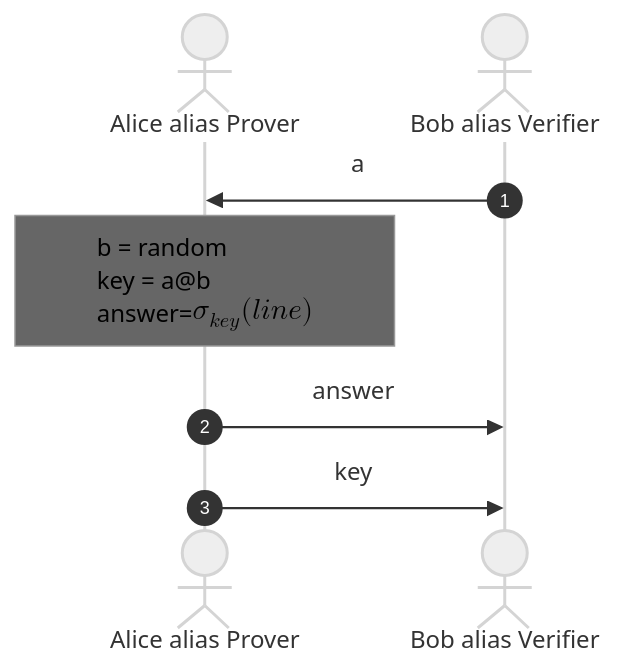
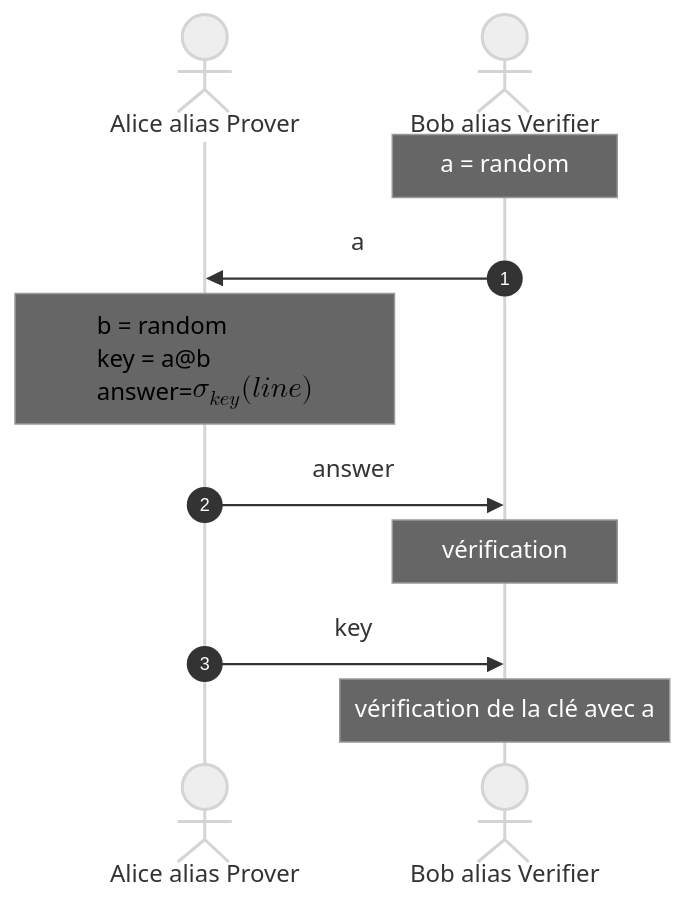
One commit to benoitlx/forma-zkp changed the diagram in zkp.md. Above: the diagram before and after it, drawn with Mermaid (neutral theme). The commit also changed other lines of this file, not shown here.

````diff
--- a/zkp.md
+++ b/zkp.md
@@ -118,10 +118,13 @@
 ```mermaid +render
 sequenceDiagram
     autonumber
     actor P as Alice alias Prover 
     actor V as Bob alias Verifier
+    Note over V: a = random
     V ->> P: a 
     Note over P: b = random<br/>key = a@b<br/>answer=$$\sigma_{key}(line)$$
     P ->> V: answer 
+    Note over V: vérification
     P ->> V: key
+    Note over V: vérification de la clé avec a
 ```
````
